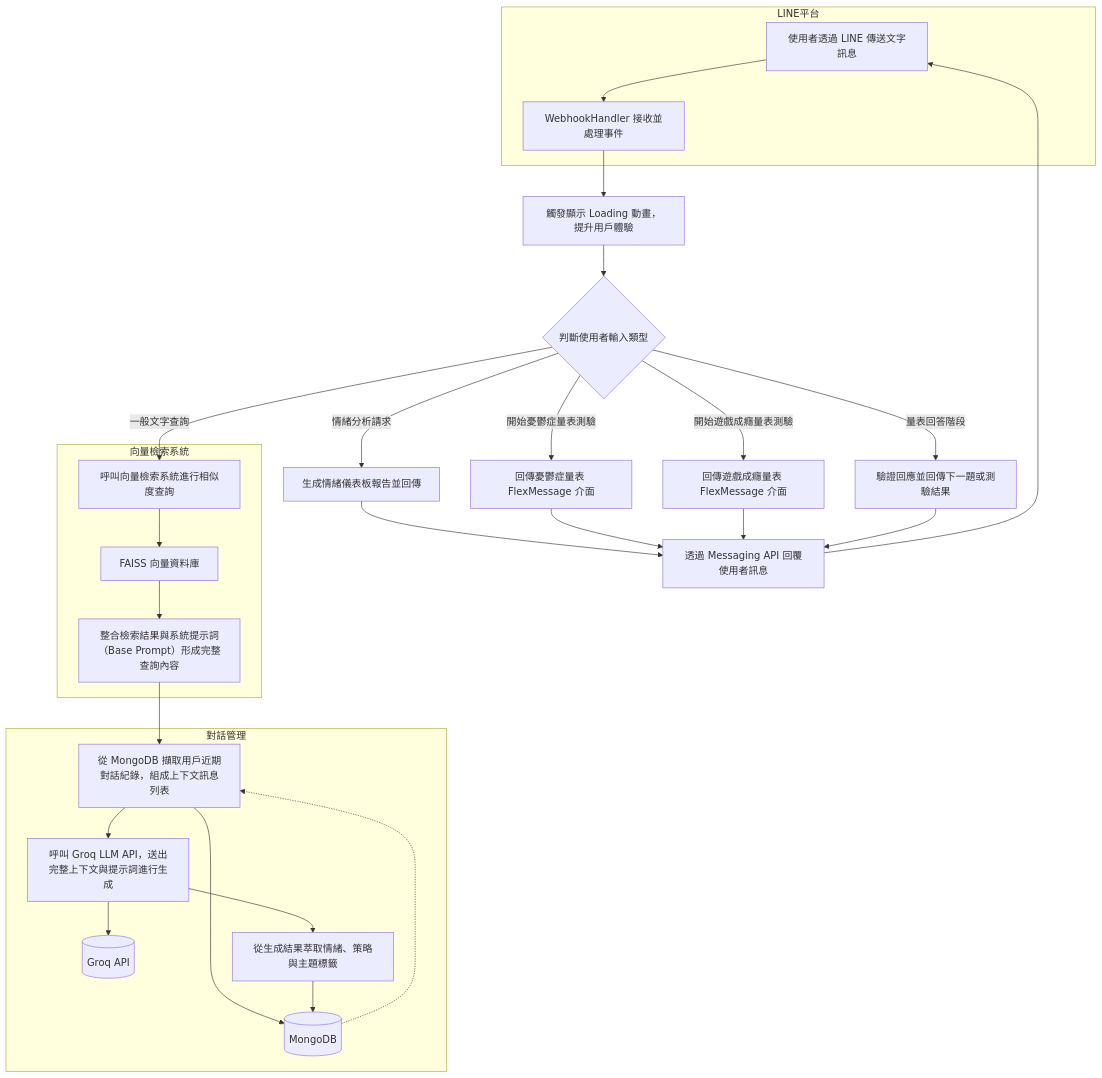
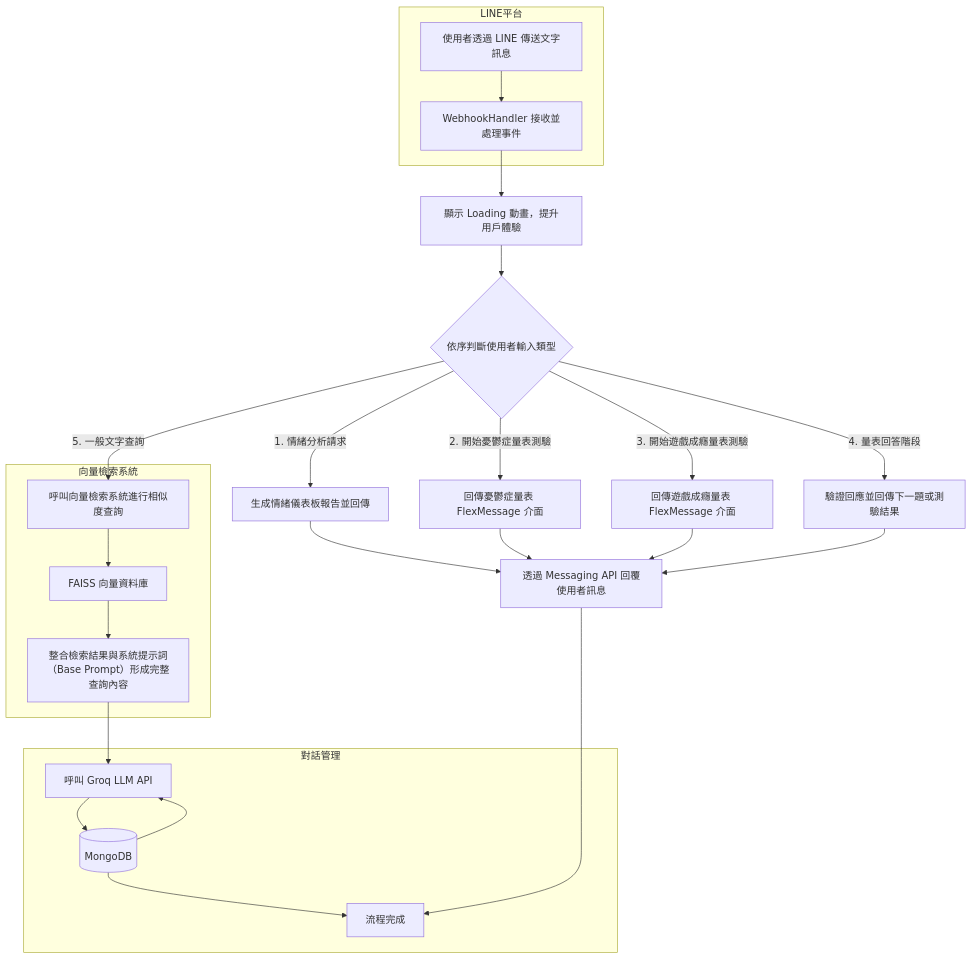
One commit to aurorajojo/line_app changed the diagram in README.md. Above: the diagram before and after it, drawn with Mermaid.

````diff
--- a/README.md
+++ b/README.md
@@ -3,42 +3,39 @@
 ```mermaid
 flowchart TD
     subgraph LINE平台
         A[使用者透過 LINE 傳送文字訊息] --> B[WebhookHandler 接收並處理事件]
     end
 
-    B --> C[觸發顯示 Loading 動畫，提升用戶體驗]
+    B --> C[顯示 Loading 動畫，提升用戶體驗]
 
-    C --> D{判斷使用者輸入類型}
+    C --> D{依序判斷使用者輸入類型}
 
-    D -->|情緒分析請求| E[生成情緒儀表板報告並回傳]
-    E --> O1[透過 Messaging API 回覆使用者]
+    D -->|1. 情緒分析請求| E[生成情緒儀表板報告並回傳]
+    E --> O1[透過 Messaging API 回覆使用者訊息]
 
-    D -->|開始憂鬱症量表測驗| F[回傳憂鬱症量表 FlexMessage 介面]
+    D -->|2. 開始憂鬱症量表測驗| F[回傳憂鬱症量表 FlexMessage 介面]
     F --> O1
 
-    D -->|開始遊戲成癮量表測驗| G[回傳遊戲成癮量表 FlexMessage 介面]
+    D -->|3. 開始遊戲成癮量表測驗| G[回傳遊戲成癮量表 FlexMessage 介面]
     G --> O1
 
-    D -->|量表回答階段| H[驗證回應並回傳下一題或測驗結果]
+    D -->|4. 量表回答階段| H[驗證回應並回傳下一題或測驗結果]
     H --> O1
 
-    D -->|一般文字查詢| I[呼叫向量檢索系統進行相似度查詢]
+    D -->|5. 一般文字查詢| I[呼叫向量檢索系統進行相似度查詢]
 
     subgraph 向量檢索系統
         I --> V1[FAISS 向量資料庫]
         V1 --> J[整合檢索結果與系統提示詞（Base Prompt）形成完整查詢內容]
     end
 
     subgraph 對話管理
-        J --> K[從 MongoDB 擷取用戶近期對話紀錄，組成上下文訊息列表]
-        K --> MDB[(MongoDB)]
-        MDB -.-> K
-        K --> L[呼叫 Groq LLM API，送出完整上下文與提示詞進行生成]
-        L --> API1[(Groq API)]
-        L --> M[從生成結果萃取情緒、策略與主題標籤]
-        M --> MDB
+        J --> L[呼叫 Groq LLM API]
+        MDB[(MongoDB)] --> L
+        L --> MDB
+        MDB --> Z[流程完成]
     end
 
-    O1[透過 Messaging API 回覆使用者訊息] --> A
+    O1 --> Z
 
 ```
````
